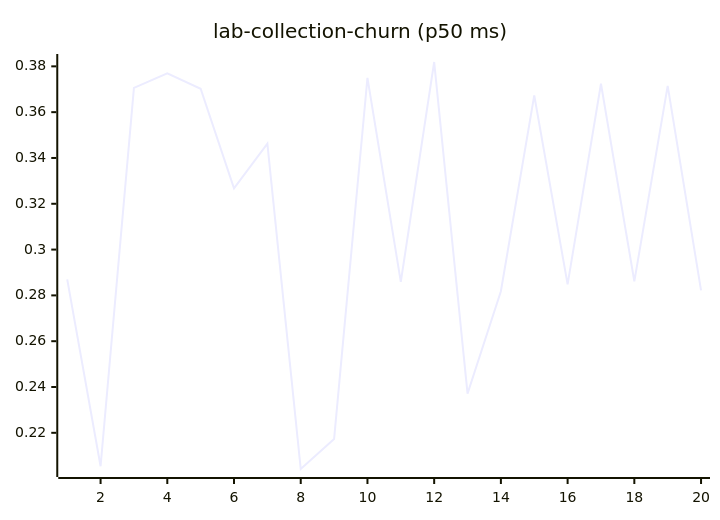
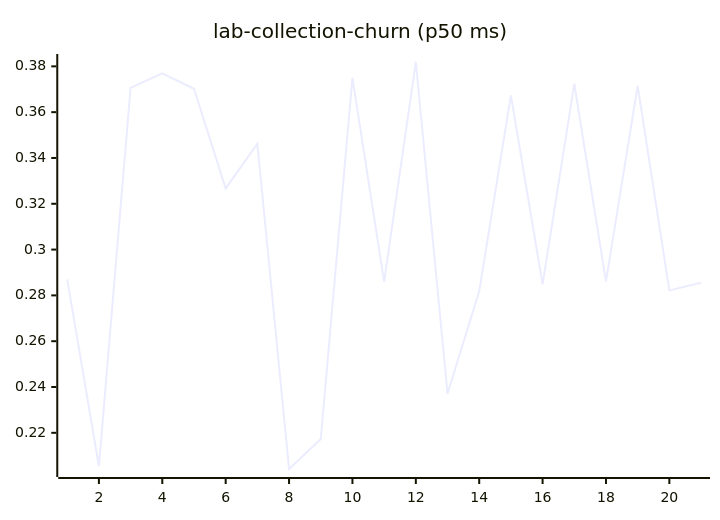
Diagram 11 of 27 in README.md (josha/Facet), drawn with Mermaid before and after one commit. The commit also changed other lines of this file and 2 other files, not shown here.

````diff
--- a/README.md
+++ b/README.md
@@ -133,6 +133,6 @@
 ```mermaid
 xychart-beta
     title "lab-collection-churn (p50 ms)"
-    x-axis 1 --> 20
-    line [0.2870, 0.2054, 0.3706, 0.3769, 0.3702, 0.3267, 0.3462, 0.2042, 0.2173, 0.3750, 0.2859, 0.3819, 0.2371, 0.2818, 0.3673, 0.2848, 0.3724, 0.2861, 0.3715, 0.2822]
+    x-axis 1 --> 21
+    line [0.2870, 0.2054, 0.3706, 0.3769, 0.3702, 0.3267, 0.3462, 0.2042, 0.2173, 0.3750, 0.2859, 0.3819, 0.2371, 0.2818, 0.3673, 0.2848, 0.3724, 0.2861, 0.3715, 0.2822, 0.2855]
 ```
````
